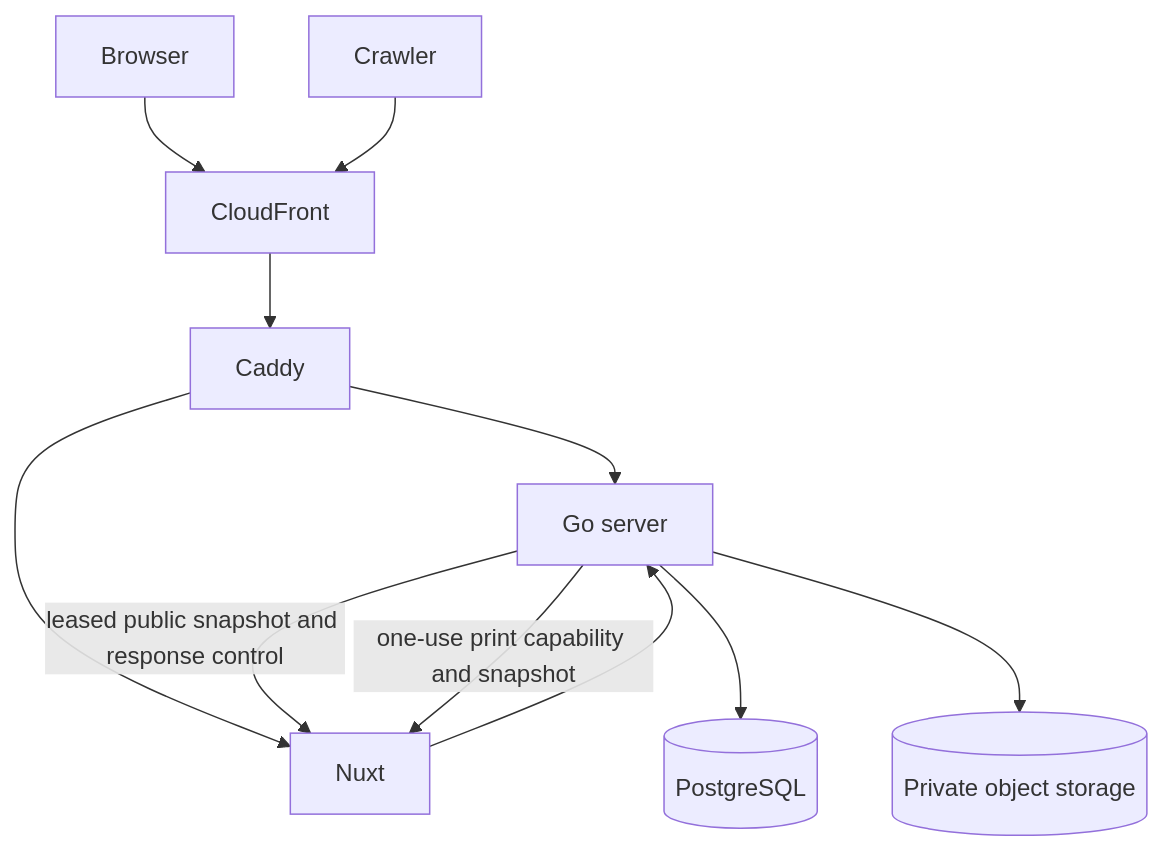
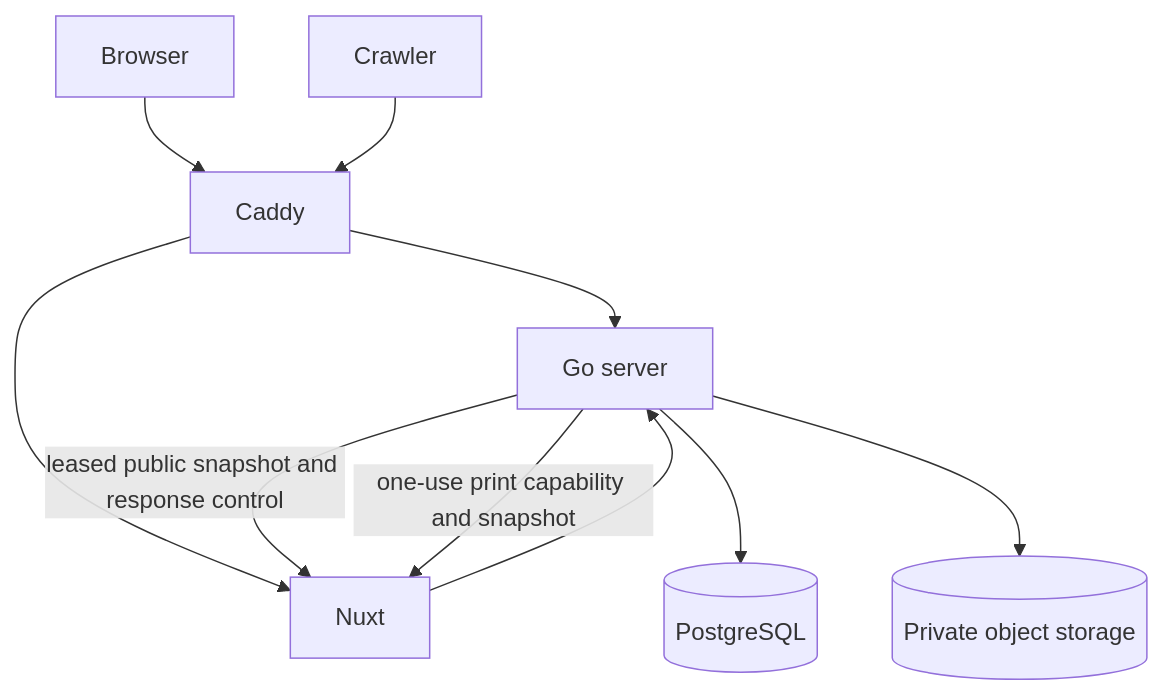
The diagram in docs/design/system.md (dannyota/aboutme), drawn with Mermaid before and after one commit. The commit also changed other lines of this file and 37 other files, not shown here.

````diff
--- a/docs/design/system.md
+++ b/docs/design/system.md
@@ -17,13 +17,12 @@
 ```mermaid
 graph TD
-    U[Browser] --> CF[CloudFront]
-    R[Crawler] --> CF
-    CF --> CA[Caddy]
+    U[Browser] --> CA[Caddy]
+    R[Crawler] --> CA
     CA --> GO[Go server]
     CA --> NX[Nuxt]
     GO -->|leased public snapshot and response control| NX
     NX --> GO
     GO --> PG[(PostgreSQL)]
     GO --> OS[(Private object storage)]
     GO -->|one-use print capability and snapshot| NX
 ```
````
